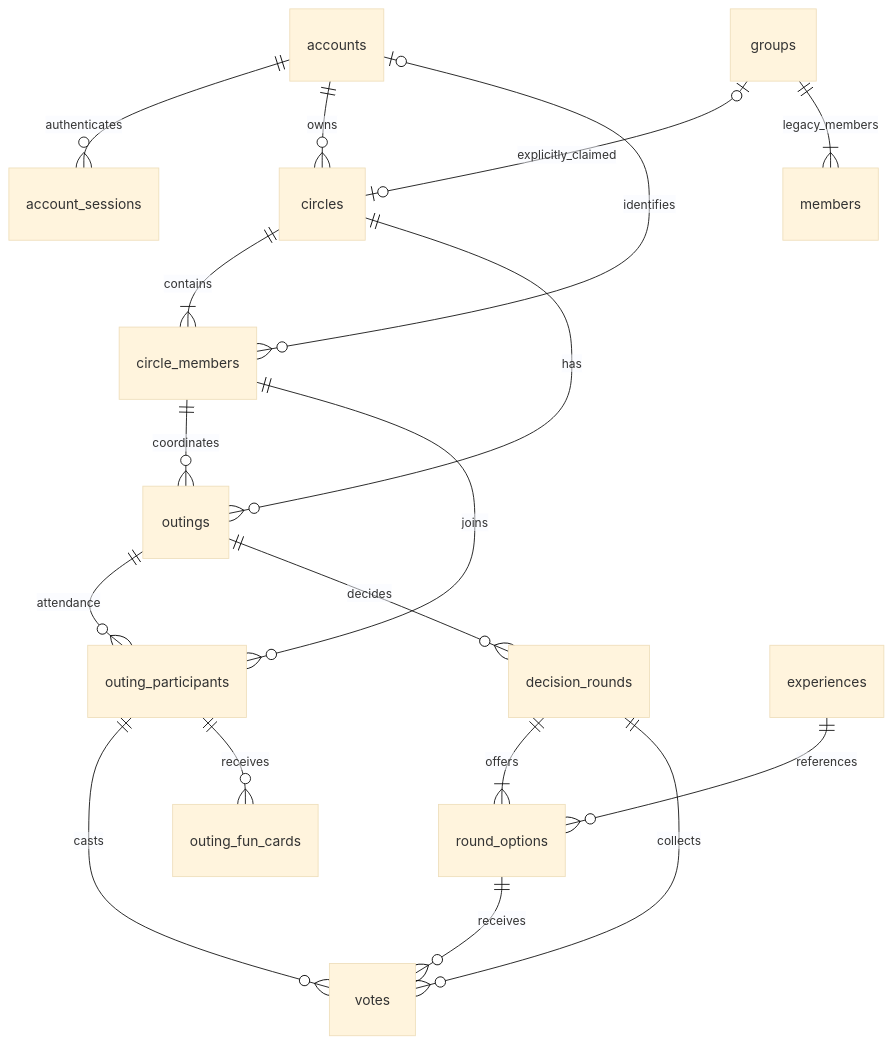
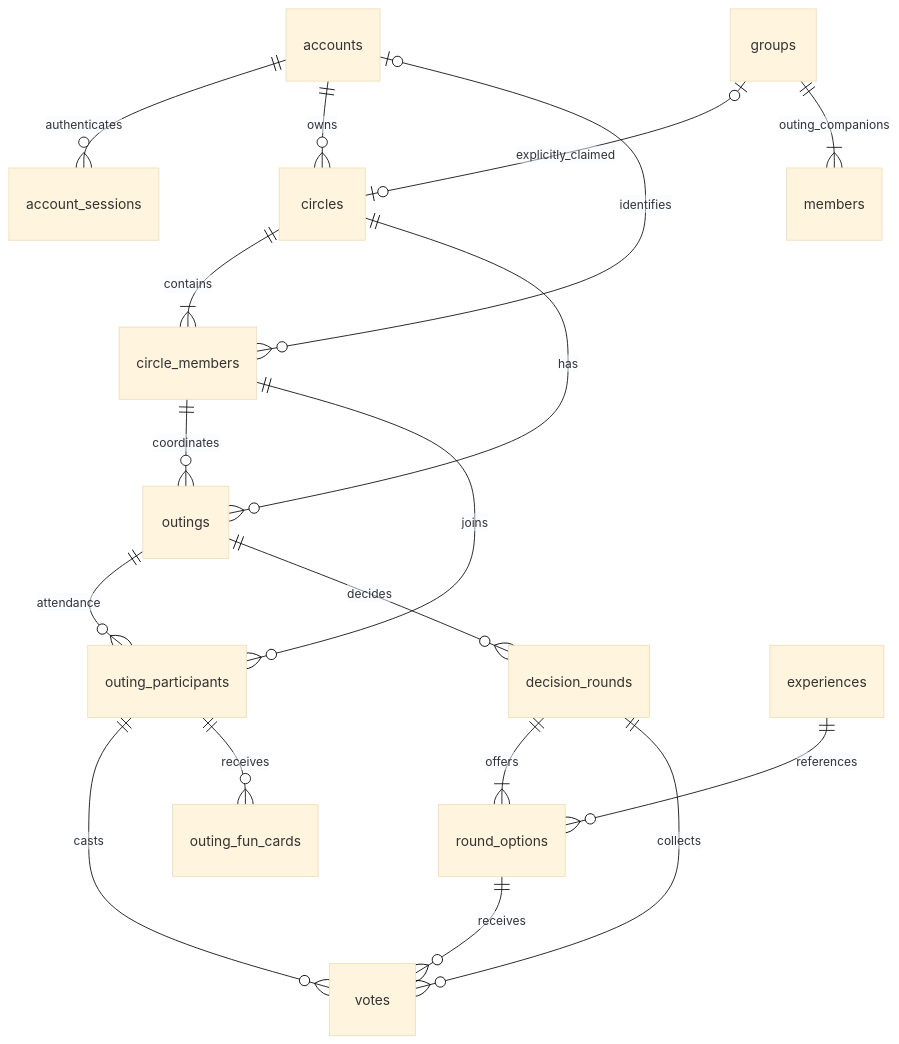
Before and after one commit to shathaaa1110-arch/hatim-app: the second of 4 diagrams in docs/architecture-python-postgres.ar.md, drawn with Mermaid (base theme). The commit also changed other lines of this file and 23 other files, not shown here.

````diff
--- a/docs/architecture-python-postgres.ar.md
+++ b/docs/architecture-python-postgres.ar.md
@@ -73,20 +88,20 @@
 ```mermaid
 erDiagram
     accounts ||--o{ account_sessions : authenticates
     accounts ||--o{ circles : owns
     accounts o|--o{ circle_members : identifies
     circles ||--|{ circle_members : contains
     circles ||--o{ outings : has
     circle_members ||--o{ outings : coordinates
     outings ||--o{ outing_participants : attendance
     circle_members ||--o{ outing_participants : joins
     outings ||--o{ decision_rounds : decides
     decision_rounds ||--|{ round_options : offers
     experiences ||--o{ round_options : references
     decision_rounds ||--o{ votes : collects
     outing_participants ||--o{ votes : casts
     round_options ||--o{ votes : receives
     outing_participants ||--o{ outing_fun_cards : receives
     groups o|--o| circles : explicitly_claimed
-    groups ||--|{ members : legacy_members
+    groups ||--|{ members : outing_companions
 ```
````
